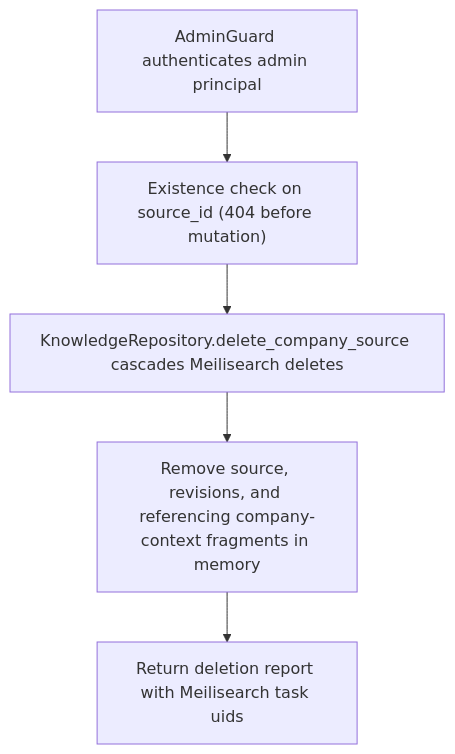
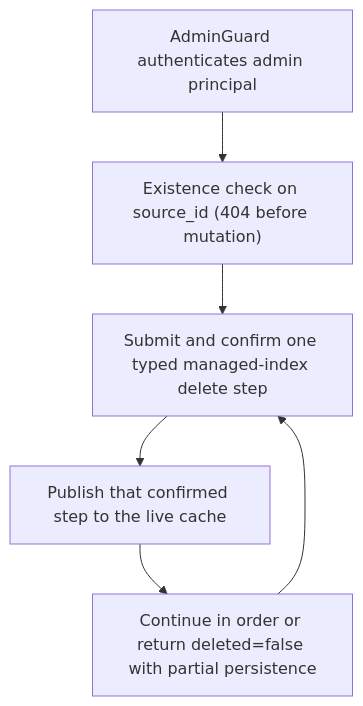
The diagram in doc/api/delete_v1_state_company_docs_source_id.md (dickwu/nowledge), drawn with Mermaid before and after one commit. The commit also changed other lines of this file and 44 other files, not shown here.

````diff
--- a/doc/api/delete_v1_state_company_docs_source_id.md
+++ b/doc/api/delete_v1_state_company_docs_source_id.md
@@ -42,12 +48,13 @@
 ```mermaid
 flowchart TD
   n0["AdminGuard authenticates admin principal"]
   n1["Existence check on source_id (404 before mutation)"]
-  n2["KnowledgeRepository.delete_company_source cascades Meilisearch deletes"]
-  n3["Remove source, revisions, and referencing company-context fragments in memory"]
-  n4["Return deletion report with Meilisearch task uids"]
+  n2["Submit and confirm one typed managed-index delete step"]
+  n3["Publish that confirmed step to the live cache"]
+  n4["Continue in order or return deleted=false with partial persistence"]
   n0 --> n1
   n1 --> n2
   n2 --> n3
   n3 --> n4
+  n4 --> n2
 ```
````
